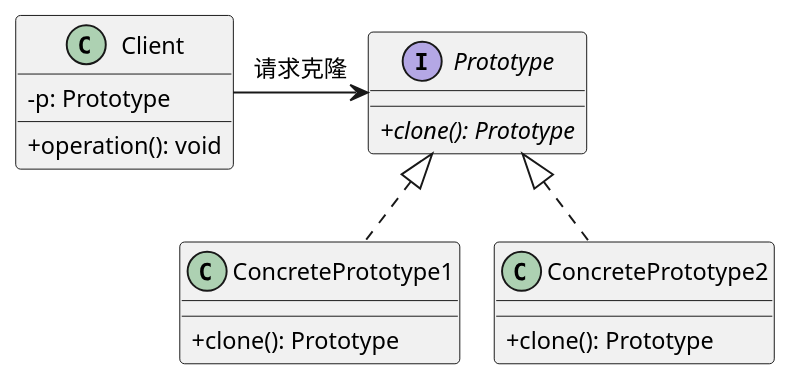
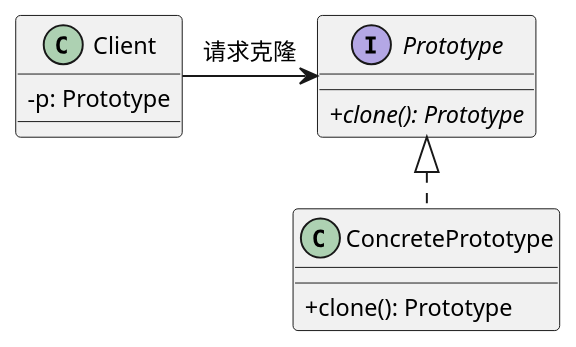
Before and after one commit to cpsa3/software-designer-fast-pass: the fifth of 20 diagrams in 02-visual-diagrams/03-设计模式核心图谱与真题命题密码.md, drawn with PlantUML. The commit also changed other lines of this file, not shown here.

````diff
--- a/02-visual-diagrams/03-设计模式核心图谱与真题命题密码.md
+++ b/02-visual-diagrams/03-设计模式核心图谱与真题命题密码.md
@@ -343,27 +251,22 @@
 ```plantuml
 @startuml
 !pragma layout smetana
 skinparam dpi 125
 skinparam defaultFontSize 12
 skinparam classAttributeIconSize 0
 
 interface Prototype {
     + {abstract} clone(): Prototype
 }
 
-class ConcretePrototype1 implements Prototype {
-    + clone(): Prototype
-}
-
-class ConcretePrototype2 implements Prototype {
+class ConcretePrototype implements Prototype {
     + clone(): Prototype
 }
 
 class Client {
     - p: Prototype
-    + operation(): void
 }
 
 Client -> Prototype : 请求克隆
 @enduml
 ```
````
